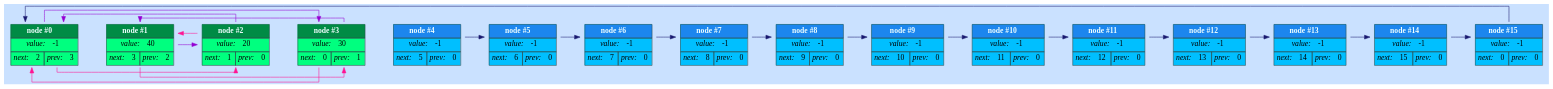
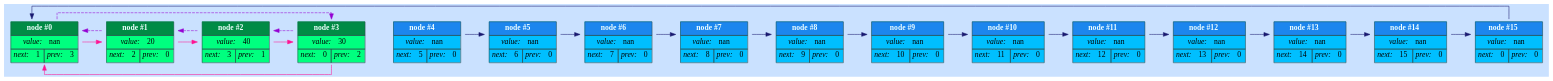
The diagram in tmp.dot (MeerkatBoss/compact_list), drawn with Graphviz before and after one commit. The commit also changed 6 other files, not shown here.

```diff
--- a/tmp.dot
+++ b/tmp.dot
@@ -1,124 +1,124 @@
 digraph G{
 layout=dot
 rankdir=LR
 splines=ortho
 nodesep=0.1
 overlap=voronoi
 bgcolor=lightsteelblue1
 node [shape=plaintext color=darkslategray]
 node0 [label=<<TABLE BORDER="0" CELLBORDER="1" CELLSPACING="0" CELLPADDING="4" BGCOLOR="springgreen">
 <TR><TD ALIGN="CENTER" COLSPAN="2" BGCOLOR="springgreen4"><FONT COLOR="azure"><B>node #0</B></FONT></TD></TR>
-<TR><TD COLSPAN="2"><I>value: </I> -1</TD></TR>
-<TR><TD><I>next: </I>2</TD><TD><I>prev: </I>3</TD></TR>
+<TR><TD COLSPAN="2"><I>value: </I> nan</TD></TR>
+<TR><TD><I>next: </I>1</TD><TD><I>prev: </I>3</TD></TR>
 </TABLE>>]
 node1 [label=<<TABLE BORDER="0" CELLBORDER="1" CELLSPACING="0" CELLPADDING="4" BGCOLOR="springgreen">
 <TR><TD ALIGN="CENTER" COLSPAN="2" BGCOLOR="springgreen4"><FONT COLOR="azure"><B>node #1</B></FONT></TD></TR>
-<TR><TD COLSPAN="2"><I>value: </I> 40</TD></TR>
-<TR><TD><I>next: </I>3</TD><TD><I>prev: </I>2</TD></TR>
+<TR><TD COLSPAN="2"><I>value: </I> 20</TD></TR>
+<TR><TD><I>next: </I>2</TD><TD><I>prev: </I>0</TD></TR>
 </TABLE>>]
 node2 [label=<<TABLE BORDER="0" CELLBORDER="1" CELLSPACING="0" CELLPADDING="4" BGCOLOR="springgreen">
 <TR><TD ALIGN="CENTER" COLSPAN="2" BGCOLOR="springgreen4"><FONT COLOR="azure"><B>node #2</B></FONT></TD></TR>
-<TR><TD COLSPAN="2"><I>value: </I> 20</TD></TR>
-<TR><TD><I>next: </I>1</TD><TD><I>prev: </I>0</TD></TR>
+<TR><TD COLSPAN="2"><I>value: </I> 40</TD></TR>
+<TR><TD><I>next: </I>3</TD><TD><I>prev: </I>1</TD></TR>
 </TABLE>>]
 node3 [label=<<TABLE BORDER="0" CELLBORDER="1" CELLSPACING="0" CELLPADDING="4" BGCOLOR="springgreen">
 <TR><TD ALIGN="CENTER" COLSPAN="2" BGCOLOR="springgreen4"><FONT COLOR="azure"><B>node #3</B></FONT></TD></TR>
 <TR><TD COLSPAN="2"><I>value: </I> 30</TD></TR>
-<TR><TD><I>next: </I>0</TD><TD><I>prev: </I>1</TD></TR>
+<TR><TD><I>next: </I>0</TD><TD><I>prev: </I>2</TD></TR>
 </TABLE>>]
 node4 [label=<<TABLE BORDER="0" CELLBORDER="1" CELLSPACING="0" CELLPADDING="4" BGCOLOR="deepskyblue">
 <TR><TD ALIGN="CENTER" COLSPAN="2" BGCOLOR="dodgerblue2"><FONT COLOR="azure"><B>node #4</B></FONT></TD></TR>
-<TR><TD COLSPAN="2"><I>value: </I> -1</TD></TR>
+<TR><TD COLSPAN="2"><I>value: </I> nan</TD></TR>
 <TR><TD><I>next: </I>5</TD><TD><I>prev: </I>0</TD></TR>
 </TABLE>>]
 node5 [label=<<TABLE BORDER="0" CELLBORDER="1" CELLSPACING="0" CELLPADDING="4" BGCOLOR="deepskyblue">
 <TR><TD ALIGN="CENTER" COLSPAN="2" BGCOLOR="dodgerblue2"><FONT COLOR="azure"><B>node #5</B></FONT></TD></TR>
-<TR><TD COLSPAN="2"><I>value: </I> -1</TD></TR>
+<TR><TD COLSPAN="2"><I>value: </I> nan</TD></TR>
 <TR><TD><I>next: </I>6</TD><TD><I>prev: </I>0</TD></TR>
 </TABLE>>]
 node6 [label=<<TABLE BORDER="0" CELLBORDER="1" CELLSPACING="0" CELLPADDING="4" BGCOLOR="deepskyblue">
 <TR><TD ALIGN="CENTER" COLSPAN="2" BGCOLOR="dodgerblue2"><FONT COLOR="azure"><B>node #6</B></FONT></TD></TR>
-<TR><TD COLSPAN="2"><I>value: </I> -1</TD></TR>
+<TR><TD COLSPAN="2"><I>value: </I> nan</TD></TR>
 <TR><TD><I>next: </I>7</TD><TD><I>prev: </I>0</TD></TR>
 </TABLE>>]
 node7 [label=<<TABLE BORDER="0" CELLBORDER="1" CELLSPACING="0" CELLPADDING="4" BGCOLOR="deepskyblue">
 <TR><TD ALIGN="CENTER" COLSPAN="2" BGCOLOR="dodgerblue2"><FONT COLOR="azure"><B>node #7</B></FONT></TD></TR>
-<TR><TD COLSPAN="2"><I>value: </I> -1</TD></TR>
+<TR><TD COLSPAN="2"><I>value: </I> nan</TD></TR>
 <TR><TD><I>next: </I>8</TD><TD><I>prev: </I>0</TD></TR>
 </TABLE>>]
 node8 [label=<<TABLE BORDER="0" CELLBORDER="1" CELLSPACING="0" CELLPADDING="4" BGCOLOR="deepskyblue">
 <TR><TD ALIGN="CENTER" COLSPAN="2" BGCOLOR="dodgerblue2"><FONT COLOR="azure"><B>node #8</B></FONT></TD></TR>
-<TR><TD COLSPAN="2"><I>value: </I> -1</TD></TR>
+<TR><TD COLSPAN="2"><I>value: </I> nan</TD></TR>
 <TR><TD><I>next: </I>9</TD><TD><I>prev: </I>0</TD></TR>
 </TABLE>>]
 node9 [label=<<TABLE BORDER="0" CELLBORDER="1" CELLSPACING="0" CELLPADDING="4" BGCOLOR="deepskyblue">
 <TR><TD ALIGN="CENTER" COLSPAN="2" BGCOLOR="dodgerblue2"><FONT COLOR="azure"><B>node #9</B></FONT></TD></TR>
-<TR><TD COLSPAN="2"><I>value: </I> -1</TD></TR>
+<TR><TD COLSPAN="2"><I>value: </I> nan</TD></TR>
 <TR><TD><I>next: </I>10</TD><TD><I>prev: </I>0</TD></TR>
 </TABLE>>]
 node10 [label=<<TABLE BORDER="0" CELLBORDER="1" CELLSPACING="0" CELLPADDING="4" BGCOLOR="deepskyblue">
 <TR><TD ALIGN="CENTER" COLSPAN="2" BGCOLOR="dodgerblue2"><FONT COLOR="azure"><B>node #10</B></FONT></TD></TR>
-<TR><TD COLSPAN="2"><I>value: </I> -1</TD></TR>
+<TR><TD COLSPAN="2"><I>value: </I> nan</TD></TR>
 <TR><TD><I>next: </I>11</TD><TD><I>prev: </I>0</TD></TR>
 </TABLE>>]
 node11 [label=<<TABLE BORDER="0" CELLBORDER="1" CELLSPACING="0" CELLPADDING="4" BGCOLOR="deepskyblue">
 <TR><TD ALIGN="CENTER" COLSPAN="2" BGCOLOR="dodgerblue2"><FONT COLOR="azure"><B>node #11</B></FONT></TD></TR>
-<TR><TD COLSPAN="2"><I>value: </I> -1</TD></TR>
+<TR><TD COLSPAN="2"><I>value: </I> nan</TD></TR>
 <TR><TD><I>next: </I>12</TD><TD><I>prev: </I>0</TD></TR>
 </TABLE>>]
 node12 [label=<<TABLE BORDER="0" CELLBORDER="1" CELLSPACING="0" CELLPADDING="4" BGCOLOR="deepskyblue">
 <TR><TD ALIGN="CENTER" COLSPAN="2" BGCOLOR="dodgerblue2"><FONT COLOR="azure"><B>node #12</B></FONT></TD></TR>
-<TR><TD COLSPAN="2"><I>value: </I> -1</TD></TR>
+<TR><TD COLSPAN="2"><I>value: </I> nan</TD></TR>
 <TR><TD><I>next: </I>13</TD><TD><I>prev: </I>0</TD></TR>
 </TABLE>>]
 node13 [label=<<TABLE BORDER="0" CELLBORDER="1" CELLSPACING="0" CELLPADDING="4" BGCOLOR="deepskyblue">
 <TR><TD ALIGN="CENTER" COLSPAN="2" BGCOLOR="dodgerblue2"><FONT COLOR="azure"><B>node #13</B></FONT></TD></TR>
-<TR><TD COLSPAN="2"><I>value: </I> -1</TD></TR>
+<TR><TD COLSPAN="2"><I>value: </I> nan</TD></TR>
 <TR><TD><I>next: </I>14</TD><TD><I>prev: </I>0</TD></TR>
 </TABLE>>]
 node14 [label=<<TABLE BORDER="0" CELLBORDER="1" CELLSPACING="0" CELLPADDING="4" BGCOLOR="deepskyblue">
 <TR><TD ALIGN="CENTER" COLSPAN="2" BGCOLOR="dodgerblue2"><FONT COLOR="azure"><B>node #14</B></FONT></TD></TR>
-<TR><TD COLSPAN="2"><I>value: </I> -1</TD></TR>
+<TR><TD COLSPAN="2"><I>value: </I> nan</TD></TR>
 <TR><TD><I>next: </I>15</TD><TD><I>prev: </I>0</TD></TR>
 </TABLE>>]
 node15 [label=<<TABLE BORDER="0" CELLBORDER="1" CELLSPACING="0" CELLPADDING="4" BGCOLOR="deepskyblue">
 <TR><TD ALIGN="CENTER" COLSPAN="2" BGCOLOR="dodgerblue2"><FONT COLOR="azure"><B>node #15</B></FONT></TD></TR>
-<TR><TD COLSPAN="2"><I>value: </I> -1</TD></TR>
+<TR><TD COLSPAN="2"><I>value: </I> nan</TD></TR>
 <TR><TD><I>next: </I>0</TD><TD><I>prev: </I>0</TD></TR>
 </TABLE>>]
 node0->node1 [weight=999999 color=none]
-node0->node2 [weight=0 color=deeppink]
-node0->node3 [weight=0 color=darkviolet]
+node0->node1 [weight=0 color=deeppink]
+node0->node3 [weight=0 color=darkviolet style=dashed]
 node1->node2 [weight=999999 color=none]
-node1->node3 [weight=0 color=deeppink]
-node1->node2 [weight=0 color=darkviolet]
+node1->node2 [weight=0 color=deeppink]
+node1->node0 [weight=0 color=darkviolet style=dashed]
 node2->node3 [weight=999999 color=none]
-node2->node1 [weight=0 color=deeppink]
-node2->node0 [weight=0 color=darkviolet]
+node2->node3 [weight=0 color=deeppink]
+node2->node1 [weight=0 color=darkviolet style=dashed]
 node3->node4 [weight=999999 color=none]
 node3->node0 [weight=0 color=deeppink]
-node3->node1 [weight=0 color=darkviolet]
+node3->node2 [weight=0 color=darkviolet style=dashed]
 node4->node5 [weight=999999 color=none]
 node4->node5 [weight=0 color=midnightblue]
 node5->node6 [weight=999999 color=none]
 node5->node6 [weight=0 color=midnightblue]
 node6->node7 [weight=999999 color=none]
 node6->node7 [weight=0 color=midnightblue]
 node7->node8 [weight=999999 color=none]
 node7->node8 [weight=0 color=midnightblue]
 node8->node9 [weight=999999 color=none]
 node8->node9 [weight=0 color=midnightblue]
 node9->node10 [weight=999999 color=none]
 node9->node10 [weight=0 color=midnightblue]
 node10->node11 [weight=999999 color=none]
 node10->node11 [weight=0 color=midnightblue]
 node11->node12 [weight=999999 color=none]
 node11->node12 [weight=0 color=midnightblue]
 node12->node13 [weight=999999 color=none]
 node12->node13 [weight=0 color=midnightblue]
 node13->node14 [weight=999999 color=none]
 node13->node14 [weight=0 color=midnightblue]
 node14->node15 [weight=999999 color=none]
 node14->node15 [weight=0 color=midnightblue]
 node15->node0 [weight=0 color=midnightblue]
 }
```
